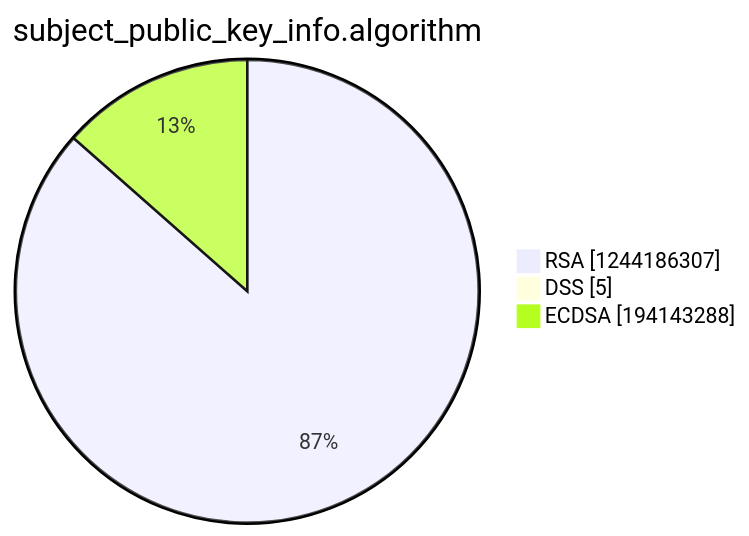
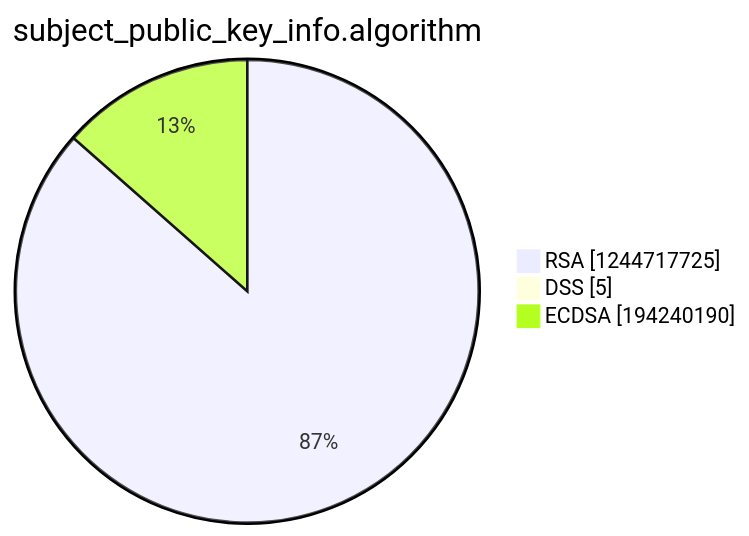
Before and after one commit to christiankrug/ctmonitor_visualization: the third of 15 diagrams in argon2022/README.md, drawn with Mermaid. The commit also changed other lines of this file, not shown here.

````diff
--- a/argon2022/README.md
+++ b/argon2022/README.md
@@ -14,7 +14,7 @@
 ```mermaid
 pie showData
 title subject_public_key_info.algorithm
-"RSA" :1244186307
+"RSA" :1244717725
 "DSS" :5
-"ECDSA" :194143288
+"ECDSA" :194240190
 ```
````
